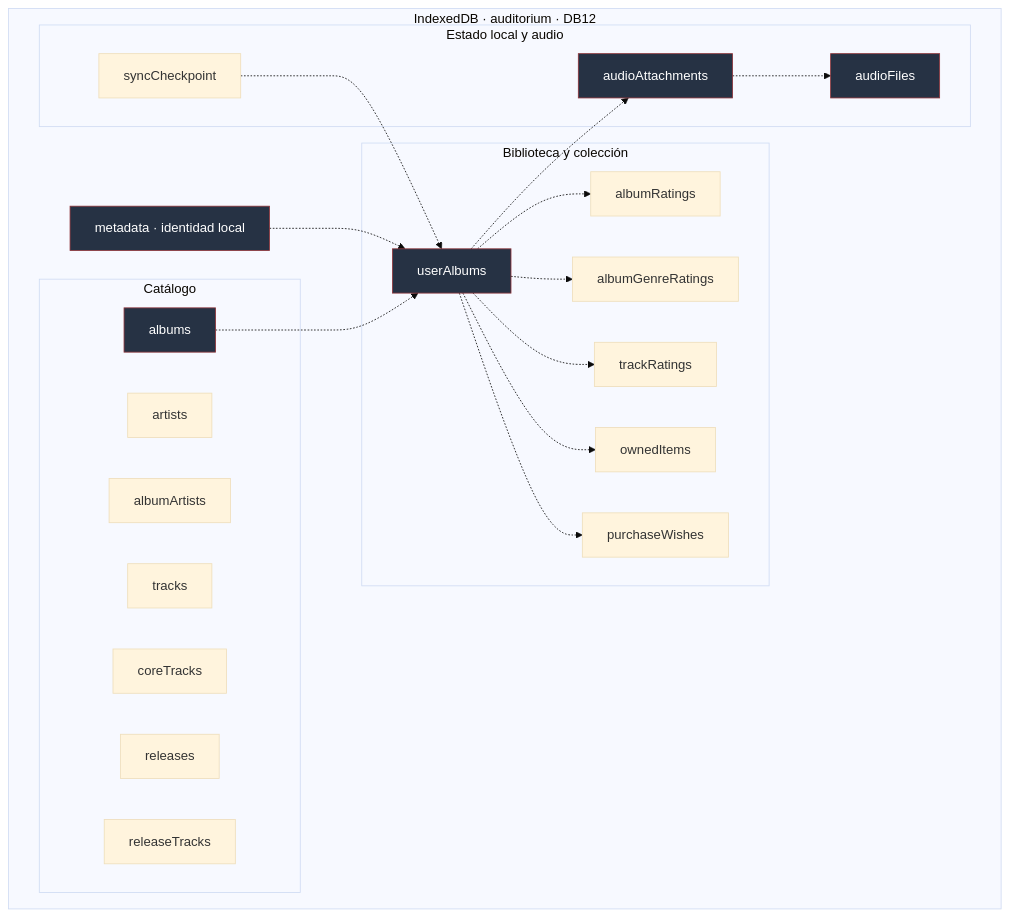
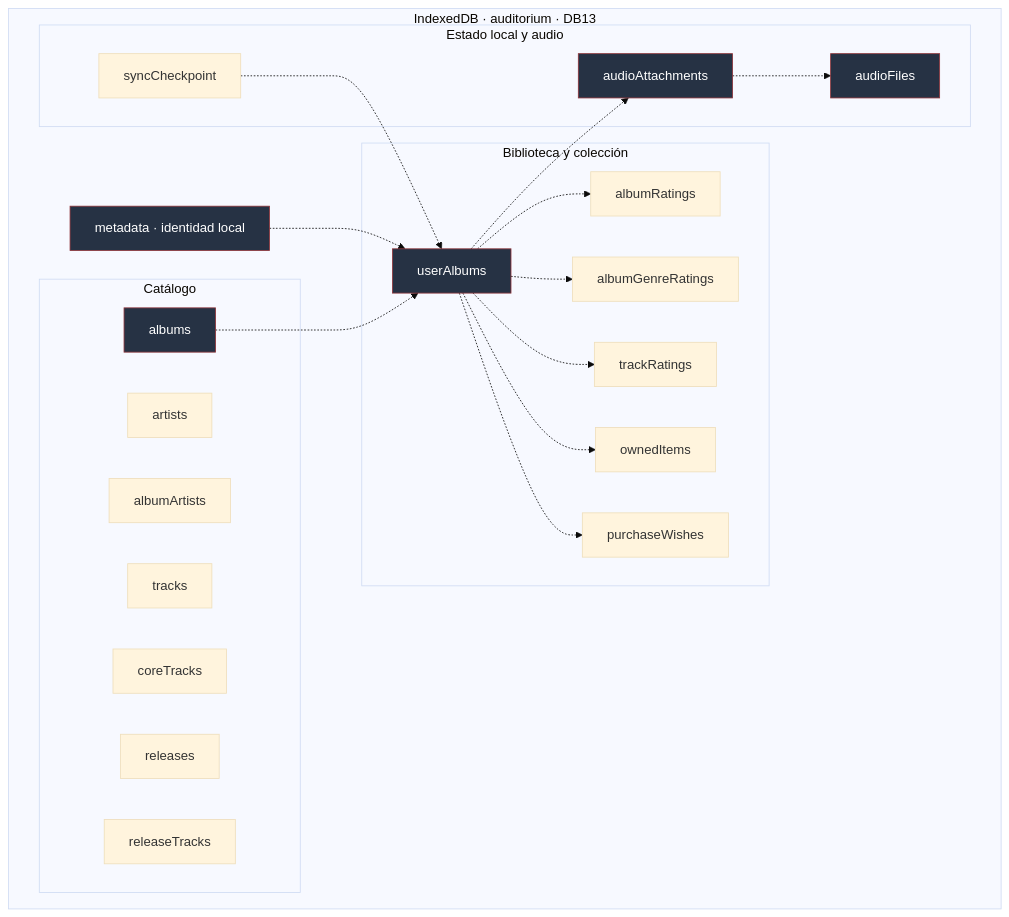
The first of 2 diagrams in docs/tecnica/03-datos-y-persistencia.md (NicoCG32/Auditorium), drawn with Mermaid (base theme) before and after one commit. The commit also changed other lines of this file and 73 other files, not shown here.

````diff
--- a/docs/tecnica/03-datos-y-persistencia.md
+++ b/docs/tecnica/03-datos-y-persistencia.md
@@ -11,35 +11,35 @@
 ```mermaid
 flowchart TB
-  subgraph DB["IndexedDB · auditorium · DB12"]
+  subgraph DB["IndexedDB · auditorium · DB13"]
     ID["metadata · identidad local"]
     subgraph CAT["Catálogo"]
       A[artists]
       B[albums]
       AA[albumArtists]
       T[tracks]
       CT[coreTracks]
       R[releases]
       RT[releaseTracks]
     end
     subgraph PERSONAL["Biblioteca y colección"]
       UA[userAlbums]
       AR[albumRatings]
       AGR[albumGenreRatings]
       TR[trackRatings]
       O[ownedItems]
       W[purchaseWishes]
     end
     subgraph TRANS["Estado local y audio"]
       S[syncCheckpoint]
       AT[audioAttachments]
       AF[audioFiles]
     end
   end
   ID -.-> UA
   B -.-> UA
   UA -.-> AR & AGR & TR & O & W & AT
   AT -.-> AF
   S -.-> UA
   classDef primary fill:#263244,color:#fff,stroke:#8d343a;
   class ID,B,UA,AT,AF primary;
 ```
````
